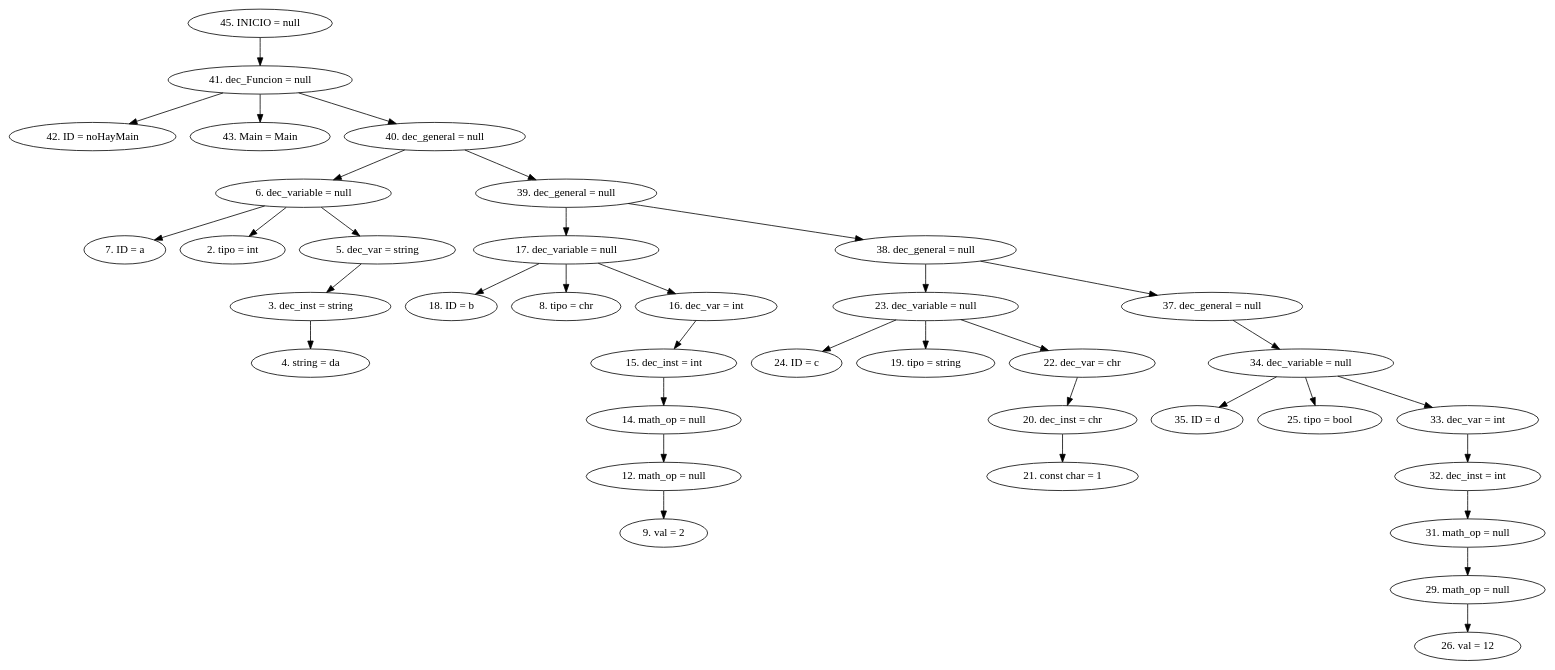
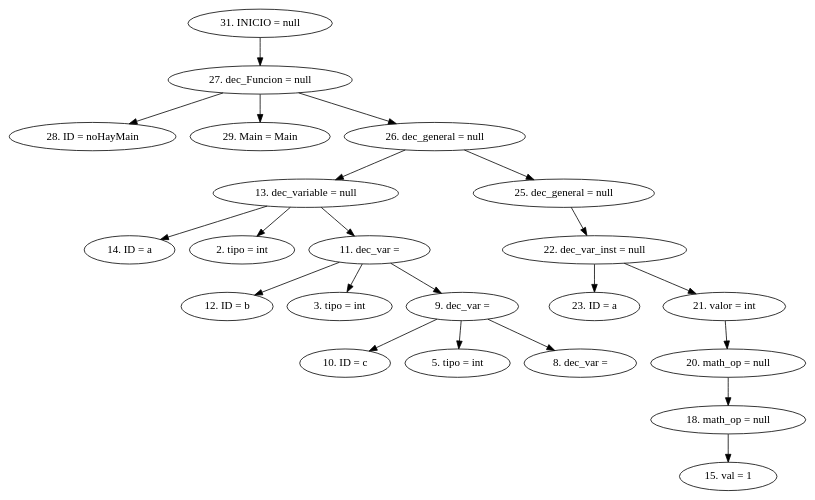
One commit to CarlosSosVos/NACHTs changed the diagram in AST.dot. Above: the diagram before and after it, drawn with Graphviz. The commit also changed 9 other files, not shown here.

```diff
--- a/AST.dot
+++ b/AST.dot
@@ -1,39 +1,25 @@
 digraph G {
-"45. INICIO = null"->"41. dec_Funcion = null"
-"41. dec_Funcion = null"->"42. ID = noHayMain"
-"41. dec_Funcion = null"->"43. Main = Main"
-"41. dec_Funcion = null"->"40. dec_general = null"
-"40. dec_general = null"->"6. dec_variable = null"
-"6. dec_variable = null"->"7. ID = a"
-"6. dec_variable = null"->"2. tipo = int"
-"6. dec_variable = null"->"5. dec_var = string"
-"5. dec_var = string"->"3. dec_inst = string"
-"3. dec_inst = string"->"4. string = da"
-"40. dec_general = null"->"39. dec_general = null"
-"39. dec_general = null"->"17. dec_variable = null"
-"17. dec_variable = null"->"18. ID = b"
-"17. dec_variable = null"->"8. tipo = chr"
-"17. dec_variable = null"->"16. dec_var = int"
-"16. dec_var = int"->"15. dec_inst = int"
-"15. dec_inst = int"->"14. math_op = null"
-"14. math_op = null"->"12. math_op = null"
-"12. math_op = null"->"9. val = 2"
-"39. dec_general = null"->"38. dec_general = null"
-"38. dec_general = null"->"23. dec_variable = null"
-"23. dec_variable = null"->"24. ID = c"
-"23. dec_variable = null"->"19. tipo = string"
-"23. dec_variable = null"->"22. dec_var = chr"
-"22. dec_var = chr"->"20. dec_inst = chr"
-"20. dec_inst = chr"->"21. const char = 1"
-"38. dec_general = null"->"37. dec_general = null"
-"37. dec_general = null"->"34. dec_variable = null"
-"34. dec_variable = null"->"35. ID = d"
-"34. dec_variable = null"->"25. tipo = bool"
-"34. dec_variable = null"->"33. dec_var = int"
-"33. dec_var = int"->"32. dec_inst = int"
-"32. dec_inst = int"->"31. math_op = null"
-"31. math_op = null"->"29. math_op = null"
-"29. math_op = null"->"26. val = 12"
+"31. INICIO = null"->"27. dec_Funcion = null"
+"27. dec_Funcion = null"->"28. ID = noHayMain"
+"27. dec_Funcion = null"->"29. Main = Main"
+"27. dec_Funcion = null"->"26. dec_general = null"
+"26. dec_general = null"->"13. dec_variable = null"
+"13. dec_variable = null"->"14. ID = a"
+"13. dec_variable = null"->"2. tipo = int"
+"13. dec_variable = null"->"11. dec_var = "
+"11. dec_var = "->"12. ID = b"
+"11. dec_var = "->"3. tipo = int"
+"11. dec_var = "->"9. dec_var = "
+"9. dec_var = "->"10. ID = c"
+"9. dec_var = "->"5. tipo = int"
+"9. dec_var = "->"8. dec_var = "
+"26. dec_general = null"->"25. dec_general = null"
+"25. dec_general = null"->"22. dec_var_inst = null"
+"22. dec_var_inst = null"->"23. ID = a"
+"22. dec_var_inst = null"->"21. valor = int"
+"21. valor = int"->"20. math_op = null"
+"20. math_op = null"->"18. math_op = null"
+"18. math_op = null"->"15. val = 1"
 
 
 }
```
